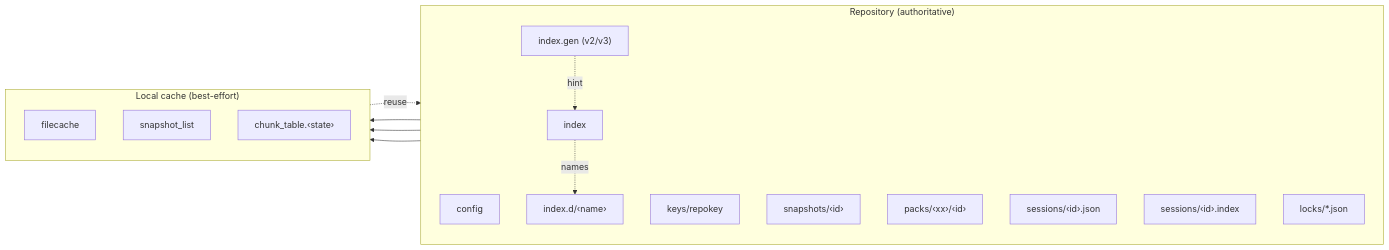
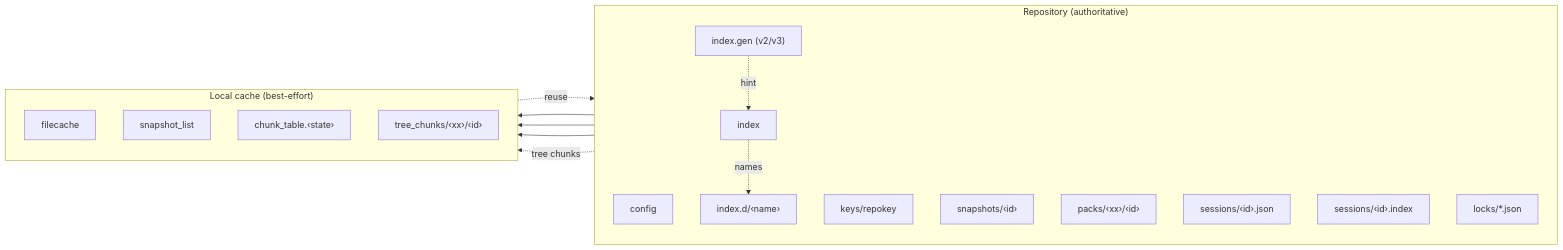
The first of 7 diagrams in docs/src/content/docs/architecture.md (borgbase/vykar), drawn with Mermaid before and after one commit. The commit also changed other lines of this file and 19 other files, not shown here.

````diff
--- a/docs/src/content/docs/architecture.md
+++ b/docs/src/content/docs/architecture.md
@@ -288,30 +291,32 @@
 ```mermaid
 flowchart LR
     subgraph Repo["Repository (authoritative)"]
         direction TB
         config["config"]
         repokey["keys/repokey"]
         index["index"]
         indexd["index.d/‹name›"]
         indexgen["index.gen (v2/v3)"]
         snapshots["snapshots/‹id›"]
         packs["packs/‹xx›/‹id›"]
         sessions["sessions/‹id›.json"]
         journal["sessions/‹id›.index"]
         locks["locks/*.json"]
     end
 
     subgraph Cache["Local cache (best-effort)"]
         direction TB
         filecache["filecache"]
         snapshotlist["snapshot_list"]
         chunktable["chunk_table.‹state›"]
+        treechunks["tree_chunks/‹xx›/‹id›"]
     end
 
     index --> chunktable
     snapshots --> snapshotlist
     filecache -. reuse .-> index
     indexgen -. hint .-> index
     index -. names .-> indexd
     indexd --> chunktable
+    packs -. tree chunks .-> treechunks
 ```
````
